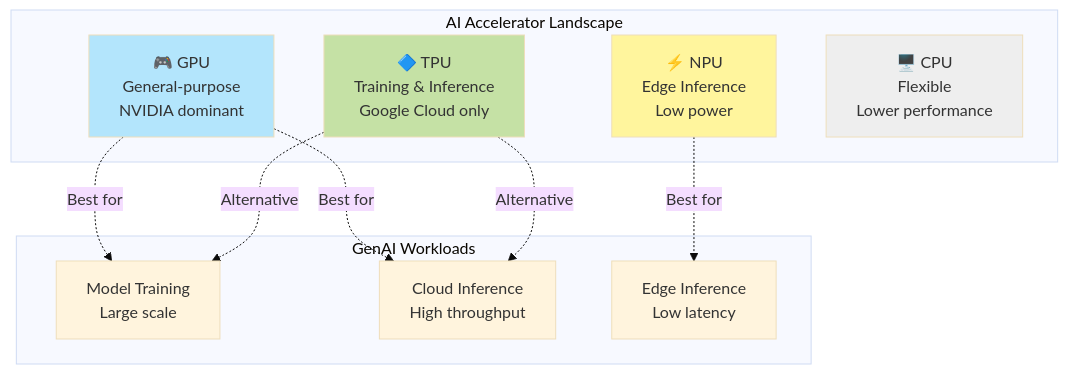
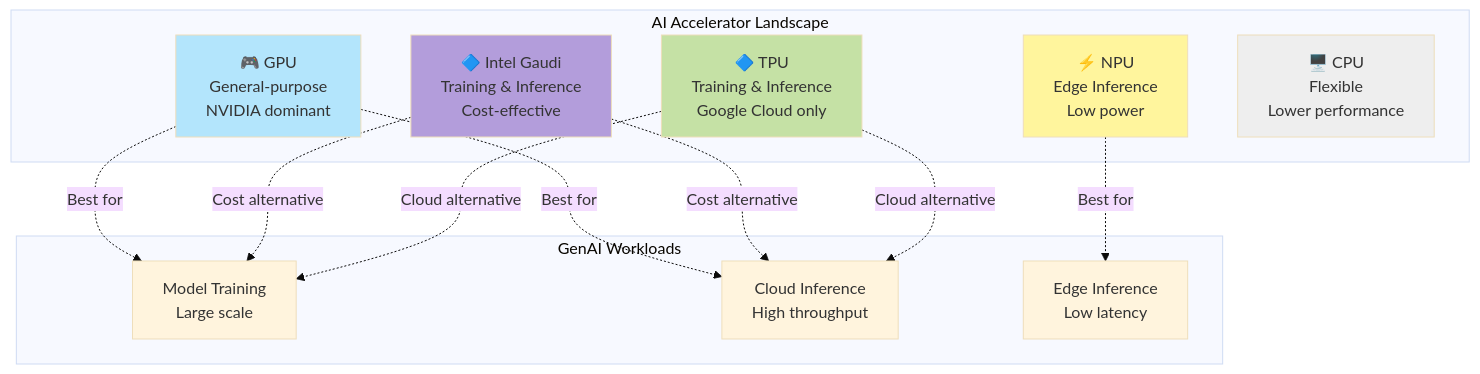
Before and after one commit to brunseba/ai-tech-watch: the first of 9 diagrams in docs/architecture/enterprise-ai-platforms/04-alternative-accelerators.md, drawn with Mermaid (base theme). The commit also changed other lines of this file, not shown here.

First line of the commit message:
feat: add Intel Gaudi accelerator strategy

````diff
--- a/docs/architecture/enterprise-ai-platforms/04-alternative-accelerators.md
+++ b/docs/architecture/enterprise-ai-platforms/04-alternative-accelerators.md
@@ -7,26 +7,30 @@
 ```mermaid
 flowchart TB
     subgraph Accelerators["AI Accelerator Landscape"]
         GPU["🎮 GPU<br/>General-purpose<br/>NVIDIA dominant"]
+        Gaudi["🔷 Intel Gaudi<br/>Training & Inference<br/>Cost-effective"]
         TPU["🔷 TPU<br/>Training & Inference<br/>Google Cloud only"]
         NPU["⚡ NPU<br/>Edge Inference<br/>Low power"]
         CPU["🖥️ CPU<br/>Flexible<br/>Lower performance"]
     end
     
     subgraph Workloads["GenAI Workloads"]
         Training["Model Training<br/>Large scale"]
         Inference_Cloud["Cloud Inference<br/>High throughput"]
         Inference_Edge["Edge Inference<br/>Low latency"]
     end
     
     GPU -.Best for.-> Training
     GPU -.Best for.-> Inference_Cloud
-    TPU -.Alternative.-> Training
-    TPU -.Alternative.-> Inference_Cloud
+    Gaudi -.Cost alternative.-> Training
+    Gaudi -.Cost alternative.-> Inference_Cloud
+    TPU -.Cloud alternative.-> Training
+    TPU -.Cloud alternative.-> Inference_Cloud
     NPU -.Best for.-> Inference_Edge
     
     style GPU fill:#b3e5fc
+    style Gaudi fill:#b39ddb
     style TPU fill:#c5e1a5
     style NPU fill:#fff59d
     style CPU fill:#eeeeee
 ```
````
